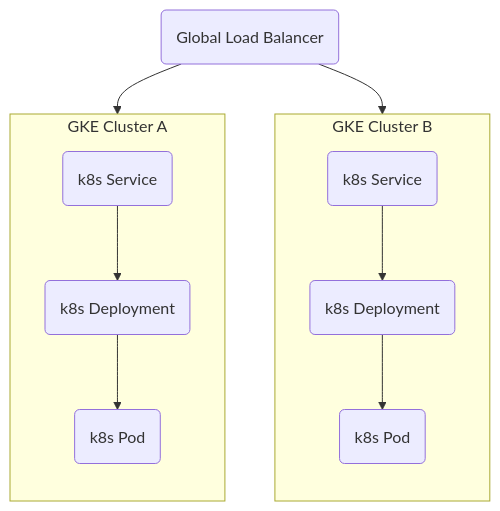
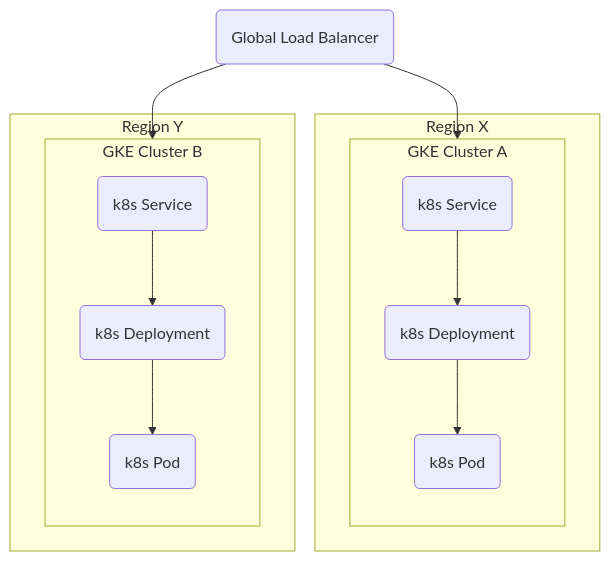
The diagram in content/posts/2024-designing-for-drains.md (marcdougherty/marcdougherty.github.io), drawn with Mermaid before and after one commit. The commit also changed other lines of this file, not shown here.

```diff
--- a/content/posts/2024-designing-for-drains.md
+++ b/content/posts/2024-designing-for-drains.md
@@ -25,21 +39,25 @@
 {{< mermaid >}}
 
 flowchart TB
     lb(Global Load Balancer)
-    subgraph Cl-A [GKE Cluster A]
+    subgraph RegionX ["Region X"]
+    subgraph Cl-A ["GKE Cluster A"]
         direction TB
         svcA("k8s Service") --> 
         depA("k8s Deployment") -->
         podA("k8s Pod")
     end
-    subgraph Cl-B [GKE Cluster B]
+    end
+    subgraph RegionY ["Region Y"]
+    subgraph Cl-B ["GKE Cluster B"]
         direction TB
         svcB("k8s Service") --> 
         depB("k8s Deployment") -->
         podB("k8s Pod")
+    end
     end
 
     lb --> Cl-A
     lb --> Cl-B
 
 {{< /mermaid >}}
```
